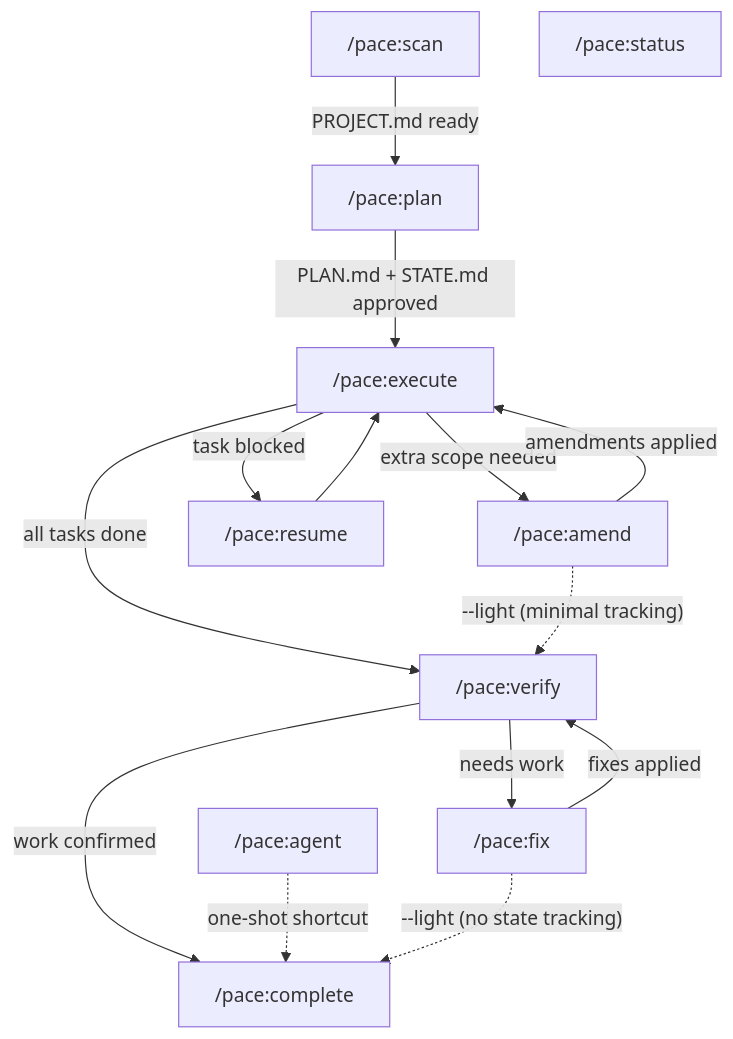
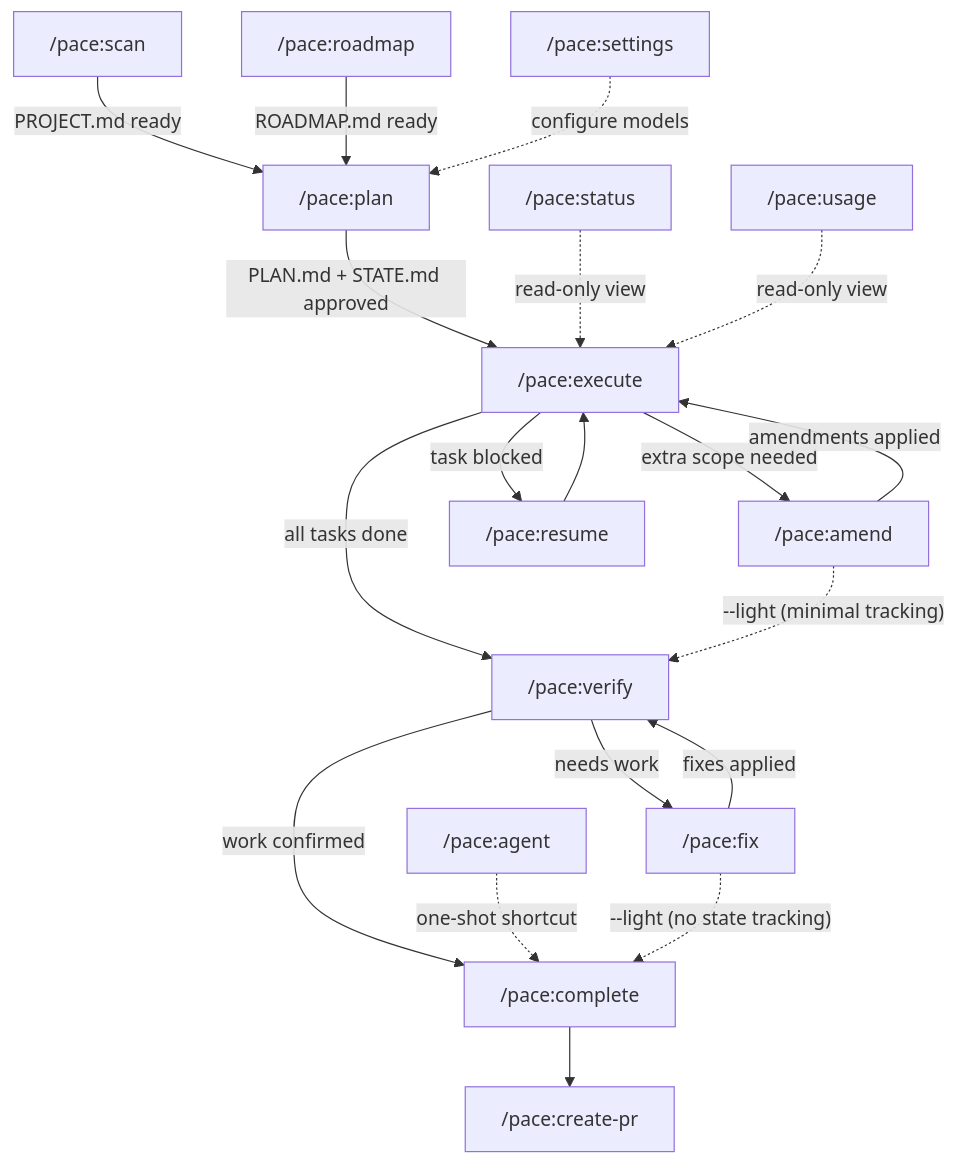
The first of 6 diagrams in docs/architecture.md (jwprichard/pace), drawn with Mermaid before and after one commit. The commit also changed other lines of this file, not shown here.

Commit message:
Update docs/architecture.md to fix agent names and add missing command flows

````diff
--- a/docs/architecture.md
+++ b/docs/architecture.md
@@ -5,28 +5,37 @@
 ```mermaid
 flowchart TD
     scan["/pace:scan"]
     plan["/pace:plan"]
+    roadmap["/pace:roadmap"]
     execute["/pace:execute"]
     agent["/pace:agent"]
     verify["/pace:verify"]
     fix["/pace:fix"]
     amend["/pace:amend"]
     complete["/pace:complete"]
     resume["/pace:resume"]
     status["/pace:status"]
+    createpr["/pace:create-pr"]
+    settings["/pace:settings"]
+    usage["/pace:usage"]
 
     scan -->|PROJECT.md ready| plan
+    roadmap -->|ROADMAP.md ready| plan
     plan -->|PLAN.md + STATE.md approved| execute
     execute -->|all tasks done| verify
     verify -->|work confirmed| complete
     verify -->|needs work| fix
     fix -->|fixes applied| verify
     execute -->|extra scope needed| amend
     amend -->|amendments applied| execute
     execute -->|task blocked| resume
     resume --> execute
+    complete --> createpr
 
     agent -.->|one-shot shortcut| complete
     fix -.->|"--light (no state tracking)"| complete
     amend -.->|"--light (minimal tracking)"| verify
+    status -.->|read-only view| execute
+    settings -.->|configure models| plan
+    usage -.->|read-only view| execute
 ```
````
